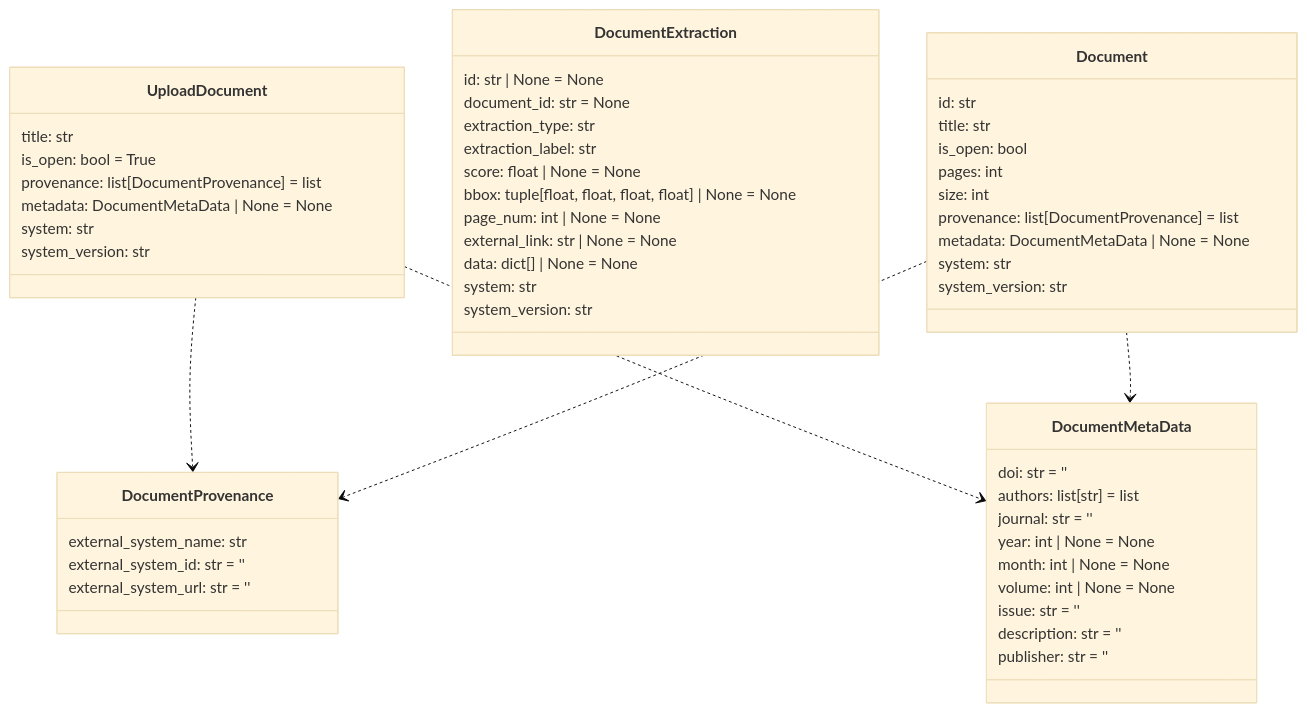
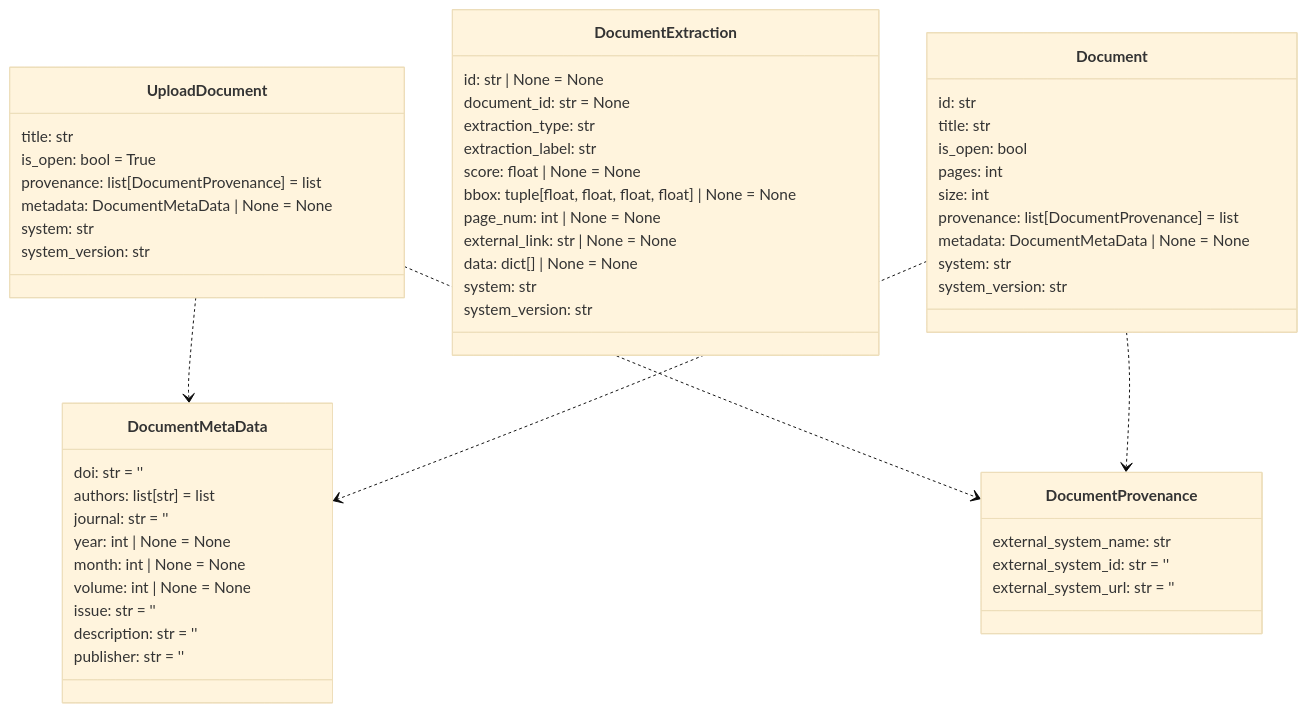
Before and after one commit to DARPA-CRITICALMAAS/cdr_schemas: the ninth of 14 diagrams in README.md, drawn with Mermaid (base theme). The commit also changed other lines of this file and 2 other files, not shown here.

````diff
--- a/README.md
+++ b/README.md
@@ -695,63 +695,63 @@
 ```mermaid
 classDiagram
 
     class DocumentMetaData {
         doi: str = ''
         authors: list[str] = list
         journal: str = ''
         year: int | None = None
         month: int | None = None
         volume: int | None = None
         issue: str = ''
         description: str = ''
         publisher: str = ''
     }
 
     class Document {
         id: str
         title: str
         is_open: bool
         pages: int
         size: int
         provenance: list[DocumentProvenance] = list
         metadata: DocumentMetaData | None = None
         system: str
         system_version: str
     }
 
+    class DocumentProvenance {
+        external_system_name: str
+        external_system_id: str = ''
+        external_system_url: str = ''
+    }
+
     class DocumentExtraction {
         id: str | None = None
         document_id: str = None
         extraction_type: str
         extraction_label: str
         score: float | None = None
         bbox: tuple[float, float, float, float] | None = None
         page_num: int | None = None
         external_link: str | None = None
         data: dict[] | None = None
         system: str
         system_version: str
     }
 
     class UploadDocument {
         title: str
         is_open: bool = True
         provenance: list[DocumentProvenance] = list
         metadata: DocumentMetaData | None = None
         system: str
         system_version: str
     }
 
-    class DocumentProvenance {
-        external_system_name: str
-        external_system_id: str = ''
-        external_system_url: str = ''
-    }
-
+    UploadDocument ..> DocumentMetaData
     UploadDocument ..> DocumentProvenance
-    UploadDocument ..> DocumentMetaData
+    Document ..> DocumentMetaData
     Document ..> DocumentProvenance
-    Document ..> DocumentMetaData
 
 
 ```
````
